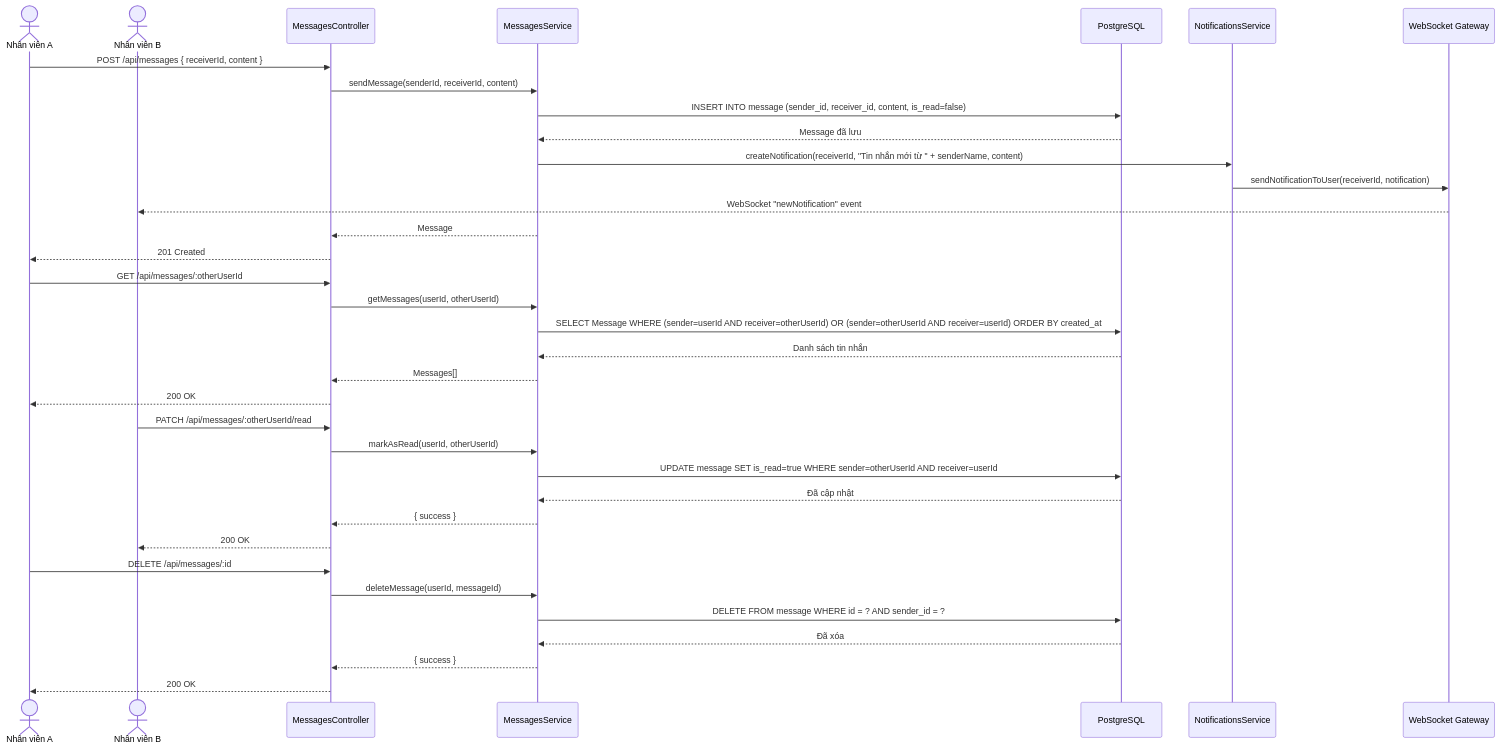
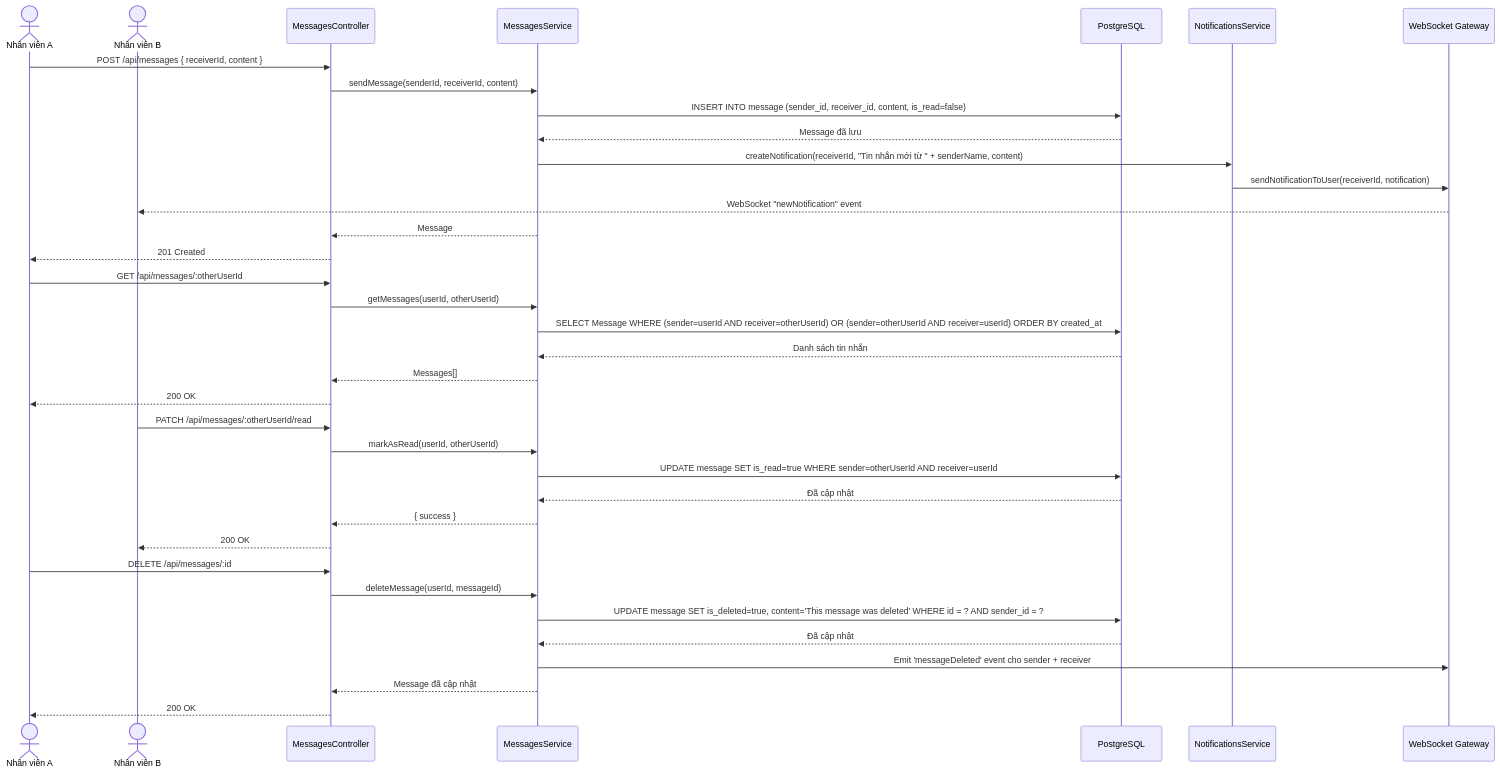
Before and after one commit to Luo-Zhii/HRM-Gene: diagram 13 of 16 in docs/sequence-diagrams.md, drawn with Mermaid. The commit also changed other lines of this file and 2 other files, not shown here.

````diff
--- a/docs/sequence-diagrams.md
+++ b/docs/sequence-diagrams.md
@@ -611,45 +612,46 @@
 ```mermaid
 sequenceDiagram
     actor U1 as Nhân viên A
     actor U2 as Nhân viên B
     participant MC as MessagesController
     participant MS as MessagesService
     participant DB as PostgreSQL
     participant NS as NotificationsService
     participant GW as WebSocket Gateway
 
     %% ── Gửi tin nhắn ──
     U1->>MC: POST /api/messages { receiverId, content }
     MC->>MS: sendMessage(senderId, receiverId, content)
     MS->>DB: INSERT INTO message (sender_id, receiver_id, content, is_read=false)
     DB-->>MS: Message đã lưu
     MS->>NS: createNotification(receiverId, "Tin nhắn mới từ " + senderName, content)
     NS->>GW: sendNotificationToUser(receiverId, notification)
     GW-->>U2: WebSocket "newNotification" event
     MS-->>MC: Message
     MC-->>U1: 201 Created
 
     %% ── Xem hội thoại ──
     U1->>MC: GET /api/messages/:otherUserId
     MC->>MS: getMessages(userId, otherUserId)
     MS->>DB: SELECT Message WHERE (sender=userId AND receiver=otherUserId) OR (sender=otherUserId AND receiver=userId) ORDER BY created_at
     DB-->>MS: Danh sách tin nhắn
     MS-->>MC: Messages[]
     MC-->>U1: 200 OK
 
     %% ── Đánh dấu đã đọc ──
     U2->>MC: PATCH /api/messages/:otherUserId/read
     MC->>MS: markAsRead(userId, otherUserId)
     MS->>DB: UPDATE message SET is_read=true WHERE sender=otherUserId AND receiver=userId
     DB-->>MS: Đã cập nhật
     MS-->>MC: { success }
     MC-->>U2: 200 OK
 
-    %% ── Xóa tin nhắn ──
+    %% ── Xóa tin nhắn (soft delete) ──
     U1->>MC: DELETE /api/messages/:id
     MC->>MS: deleteMessage(userId, messageId)
-    MS->>DB: DELETE FROM message WHERE id = ? AND sender_id = ?
-    DB-->>MS: Đã xóa
-    MS-->>MC: { success }
+    MS->>DB: UPDATE message SET is_deleted=true, content='This message was deleted' WHERE id = ? AND sender_id = ?
+    DB-->>MS: Đã cập nhật
+    MS->>GW: Emit 'messageDeleted' event cho sender + receiver
+    MS-->>MC: Message đã cập nhật
     MC-->>U1: 200 OK
 ```
````
